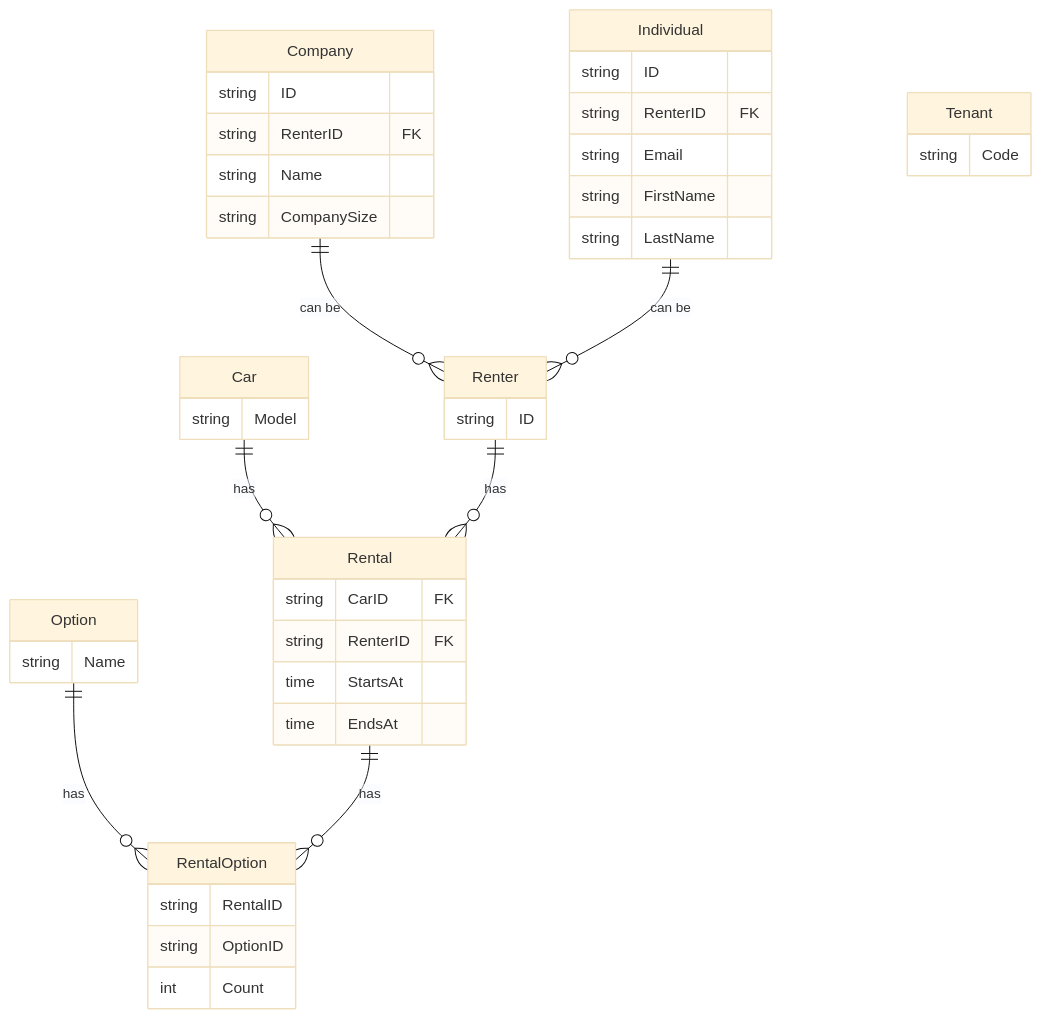
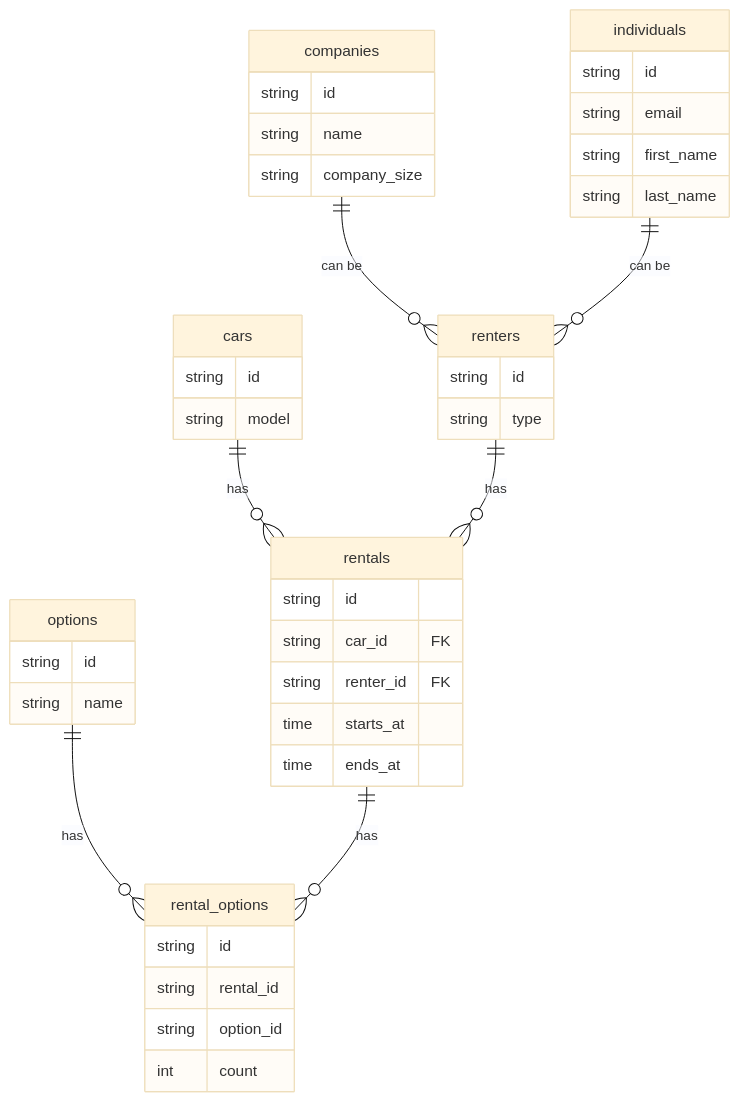
The first of 2 diagrams in docs/er-diagram.md (jp-ryuji/go-arch-patterns), drawn with Mermaid (base theme) before and after one commit. The commit also changed other lines of this file, not shown here.

````diff
--- a/docs/er-diagram.md
+++ b/docs/er-diagram.md
@@ -14,53 +13,52 @@
 ```mermaid
 erDiagram
-    Company ||--o{ Renter : "can be"
-    Individual ||--o{ Renter : "can be"
-    Car ||--o{ Rental : has
-    Renter ||--o{ Rental : has
-    Option ||--o{ RentalOption : has
-    Rental ||--o{ RentalOption : has
+    companies ||--o{ renters : "can be"
+    individuals ||--o{ renters : "can be"
+    cars ||--o{ rentals : has
+    renters ||--o{ rentals : has
+    options ||--o{ rental_options : has
+    rentals ||--o{ rental_options : has
 
-    Tenant {
-        string Code
+    companies {
+        string id
+        string name
+        string company_size
     }
 
-    Car {
-        string Model
+    individuals {
+        string id
+        string email
+        string first_name
+        string last_name
     }
 
-    Company {
-        string ID
-        string RenterID "FK"
-        string Name
-        string CompanySize
+    renters {
+        string id
+        string type
     }
 
-    Individual {
-        string ID
-        string RenterID "FK"
-        string Email
-        string FirstName
-        string LastName
+    cars {
+        string id
+        string model
     }
 
-    Renter {
-        string ID
+    rentals {
+        string id
+        string car_id "FK"
+        string renter_id "FK"
+        time starts_at
+        time ends_at
     }
 
-    Rental {
-        string CarID "FK"
-        string RenterID "FK"
-        time StartsAt
-        time EndsAt
+    options {
+        string id
+        string name
     }
 
-    Option {
-        string Name
-    }
-
-    RentalOption {
-        string RentalID
-        string OptionID
-        int Count
+    rental_options {
+        string id
+        string rental_id
+        string option_id
+        int count
     }
 ```
````
